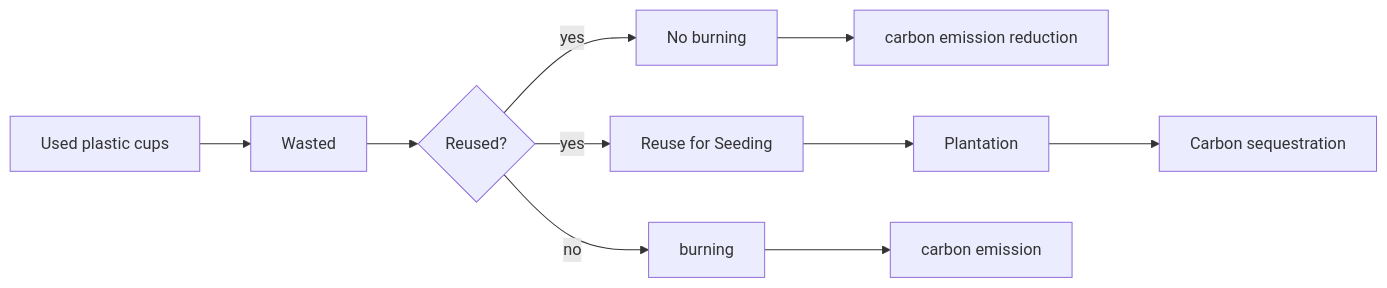
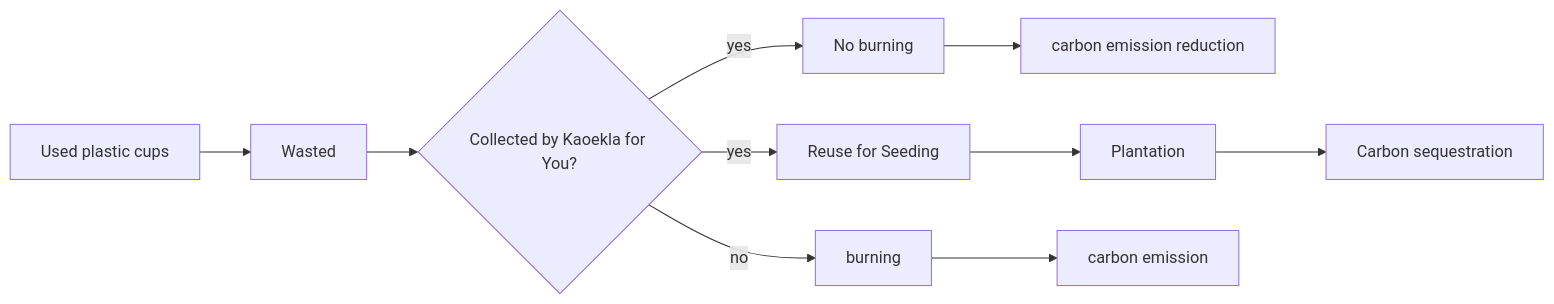
Before and after one commit to Kietpawpan/esc: the diagram in README.md, drawn with Mermaid.

````diff
--- a/README.md
+++ b/README.md
@@ -9,12 +9,12 @@
 ```mermaid
 flowchart LR
     A[Used plastic cups] -->C[Wasted]
-    C -->D{Reused?}
+    C -->D{Collected by Kaoekla for You?}
     D-->|yes| E[Reuse for Seeding]
     D-->|yes| J[No burning]
     J-->K[carbon emission reduction]
     E -->F[Plantation]
     F-->G[Carbon sequestration]
     D-->|no| H[burning]
     H-->I[carbon emission]
 ```
````
